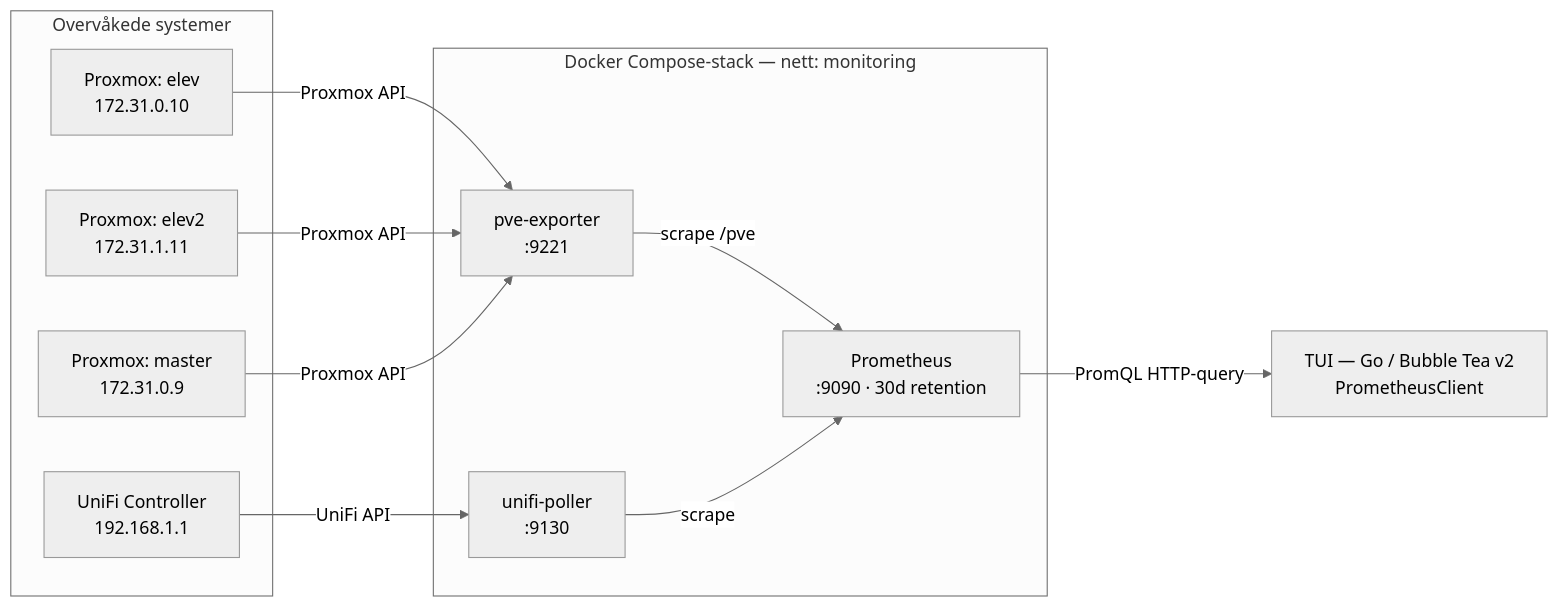
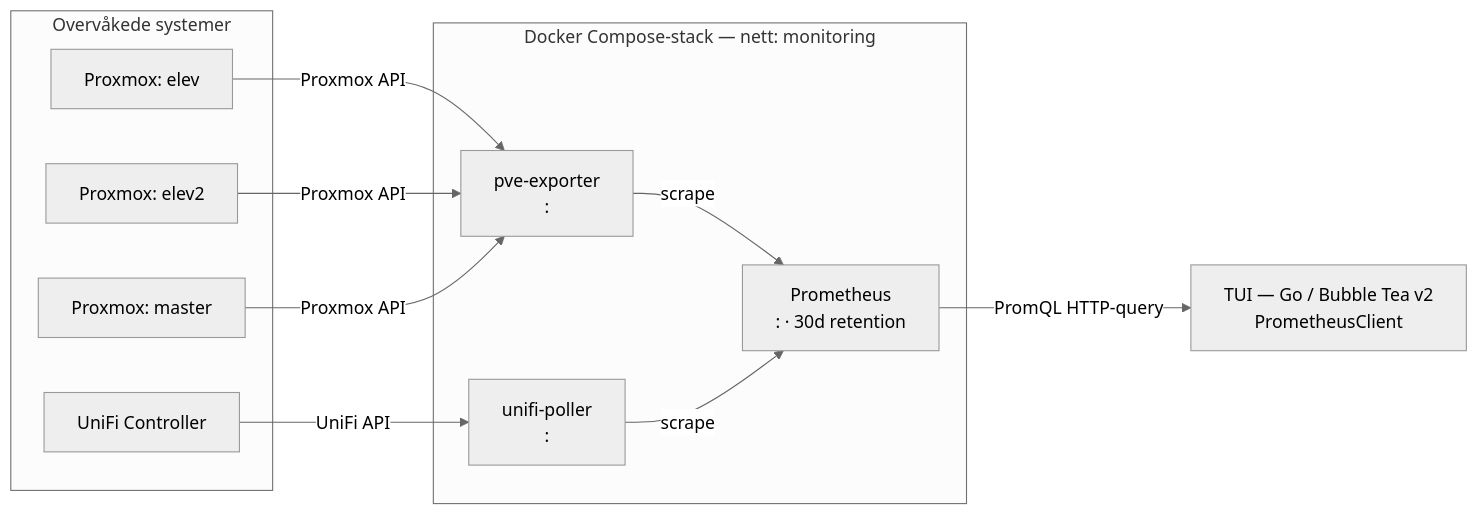
Before and after one commit to MagnusHSundby/tui-serverskjerm: the first of 2 diagrams in README.md, drawn with Mermaid (neutral theme).

Commit message:
docs: cleanup architecture diagram

````diff
--- a/README.md
+++ b/README.md
@@ -24,27 +24,27 @@
 ```mermaid
 flowchart LR
     subgraph sources["Overvåkede systemer"]
-        elev["Proxmox: elev<br/>172.31.0.10"]
-        elev2["Proxmox: elev2<br/>172.31.1.11"]
-        master["Proxmox: master<br/>172.31.0.9"]
-        unifi["UniFi Controller<br/>192.168.1.1"]
+        elev["Proxmox: elev<br/>"]
+        elev2["Proxmox: elev2<br/>"]
+        master["Proxmox: master<br/>"]
+        unifi["UniFi Controller<br/>"]
     end
 
     subgraph stack["Docker Compose-stack — nett: monitoring"]
-        pve["pve-exporter<br/>:9221"]
-        poller["unifi-poller<br/>:9130"]
-        prom["Prometheus<br/>:9090 · 30d retention"]
+        pve["pve-exporter<br/>:"]
+        poller["unifi-poller<br/>:"]
+        prom["Prometheus<br/>: · 30d retention"]
     end
 
     tui["TUI — Go / Bubble Tea v2<br/>PrometheusClient"]
 
     elev -->|Proxmox API| pve
     elev2 -->|Proxmox API| pve
     master -->|Proxmox API| pve
     unifi -->|UniFi API| poller
 
-    pve -->|scrape /pve| prom
+    pve -->|scrape | prom
     poller -->|scrape| prom
 
     prom -->|PromQL HTTP-query| tui
 ```
````
